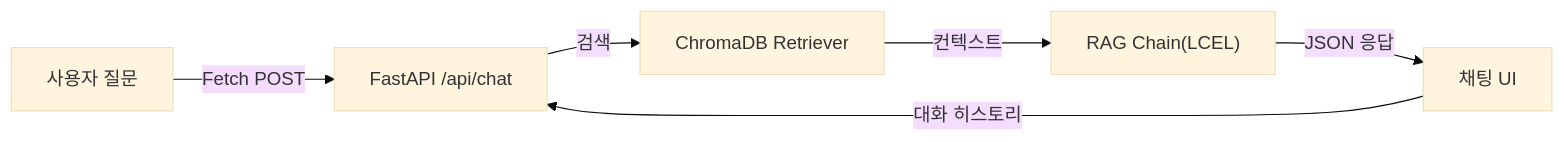
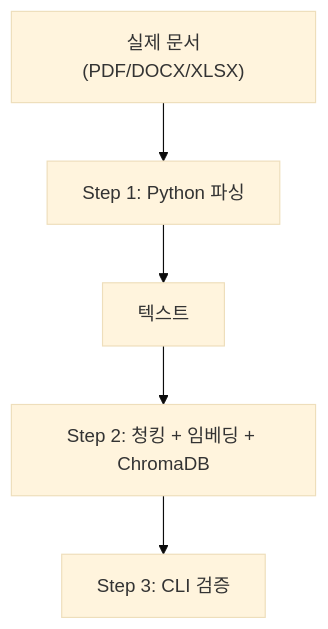
One commit to coderyu5523/book-workflow changed the diagram in projects/사내AI비서_v2/code/v0.4/README.md. Above: the diagram before and after it, drawn with Mermaid (base theme). The commit also changed other lines of this file and 186 other files, not shown here.

````diff
--- a/projects/사내AI비서_v2/code/v0.4/README.md
+++ b/projects/사내AI비서_v2/code/v0.4/README.md
@@ -94,8 +20,7 @@
 ```mermaid
-flowchart LR
-    A["사용자 질문"] -- "Fetch POST" --> B["FastAPI /api/chat"]
-    B -- "검색" --> C["ChromaDB Retriever"]
-    C -- "컨텍스트" --> D["RAG Chain(LCEL)"]
-    D -- "JSON 응답" --> E["채팅 UI"]
-    E -- "대화 히스토리" --> B
+flowchart TD
+    A["실제 문서(PDF/DOCX/XLSX)"] --> B["Step 1: Python 파싱"]
+    B --> C["텍스트"]
+    C --> D["Step 2: 청킹 + 임베딩 + ChromaDB"]
+    D --> E["Step 3: CLI 검증"]
 ```
````
